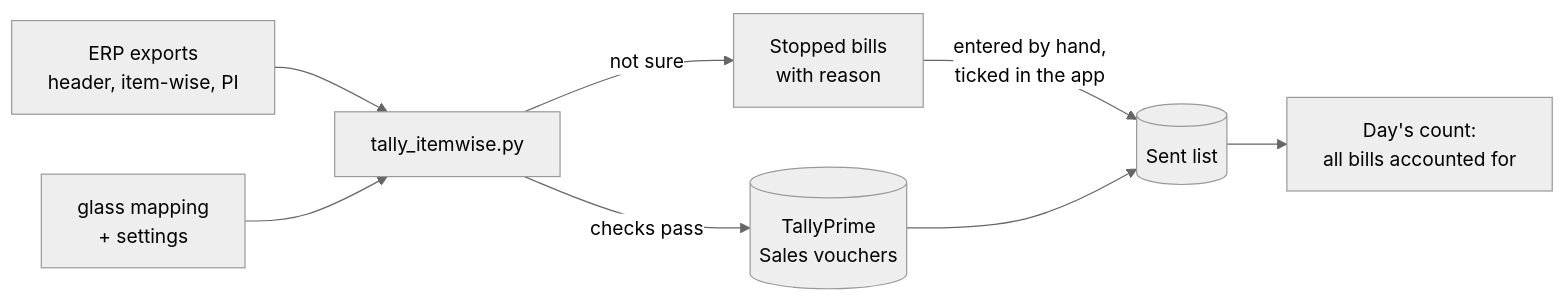
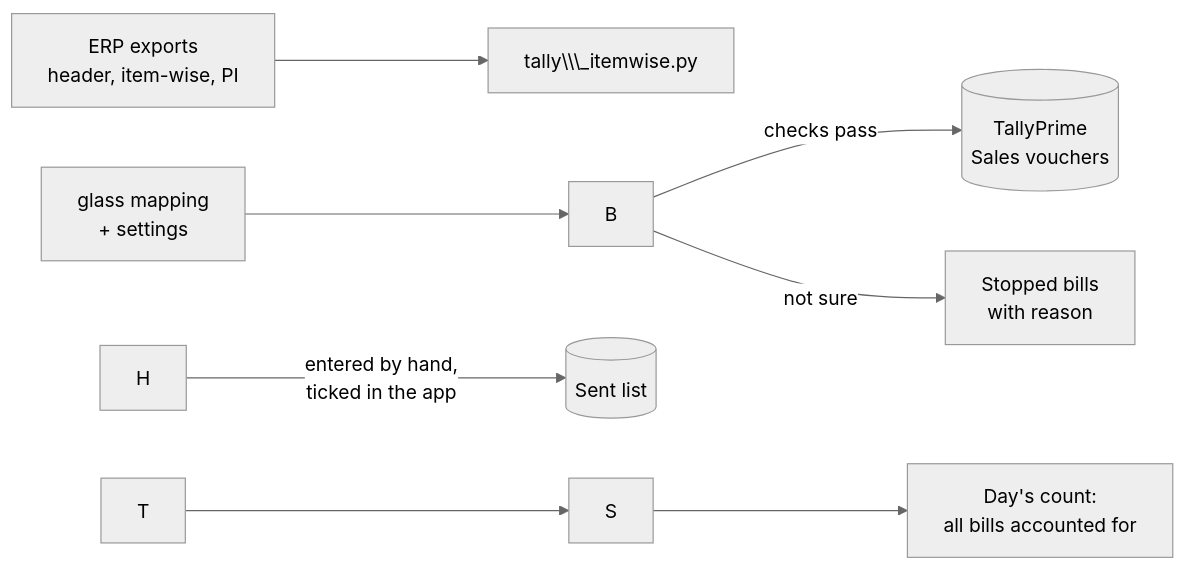
The diagram in README.md (Disha2311/ERP-TALLY-integration), drawn with Mermaid (neutral theme) before and after one commit. The commit also changed other lines of this file and 3 other files, not shown here.

````diff
--- a/README.md
+++ b/README.md
@@ -19,10 +19,10 @@
 ```mermaid
 flowchart LR
-    A[ERP exports<br/>header, item-wise, PI] --> B[tally_itemwise.py]
-    M[glass mapping<br/>+ settings] --> B
-    B -->|checks pass| T[(TallyPrime<br/>Sales vouchers)]
-    B -->|not sure| H[Stopped bills<br/>with reason]
-    H -->|entered by hand,<br/>ticked in the app| S[(Sent list)]
+    A\\\[ERP exports<br/>header, item-wise, PI] --> B\\\[tally\\\_itemwise.py]
+    M\\\[glass mapping<br/>+ settings] --> B
+    B -->|checks pass| T\\\[(TallyPrime<br/>Sales vouchers)]
+    B -->|not sure| H\\\[Stopped bills<br/>with reason]
+    H -->|entered by hand,<br/>ticked in the app| S\\\[(Sent list)]
     T --> S
-    S --> C[Day's count:<br/>all bills accounted for]
+    S --> C\\\[Day's count:<br/>all bills accounted for]
 ```
````
